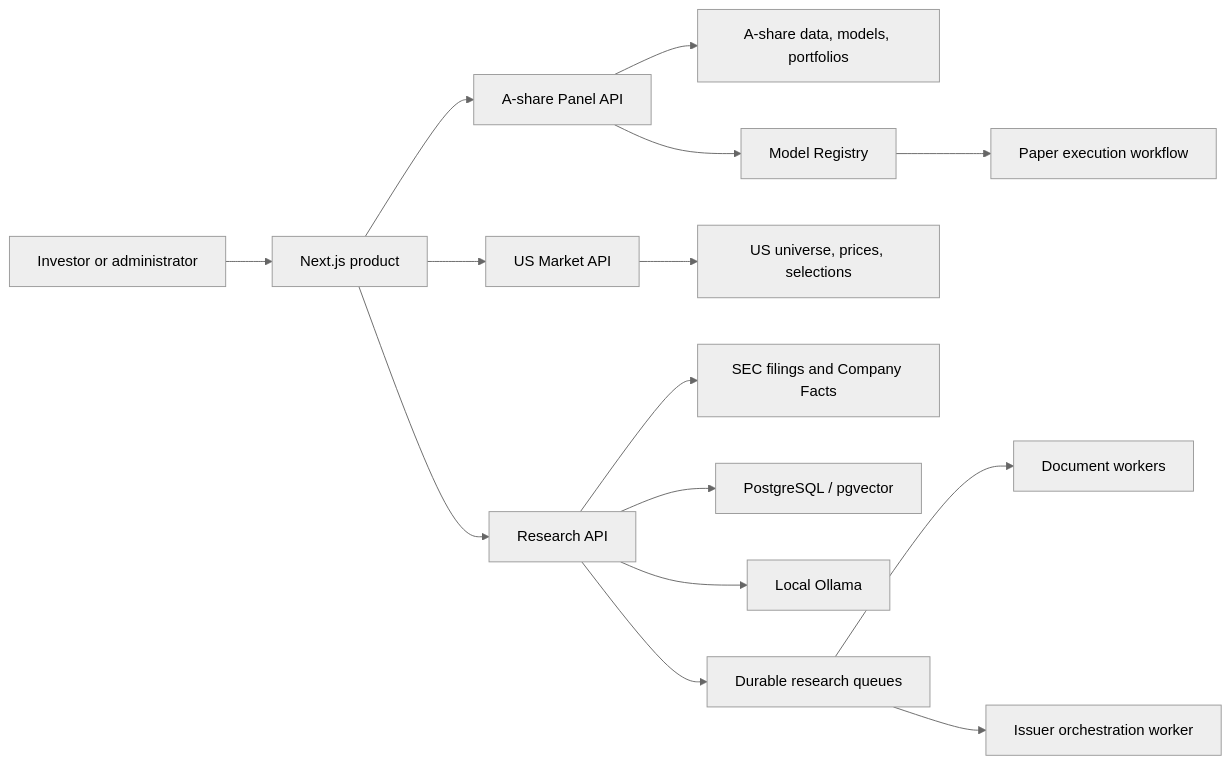
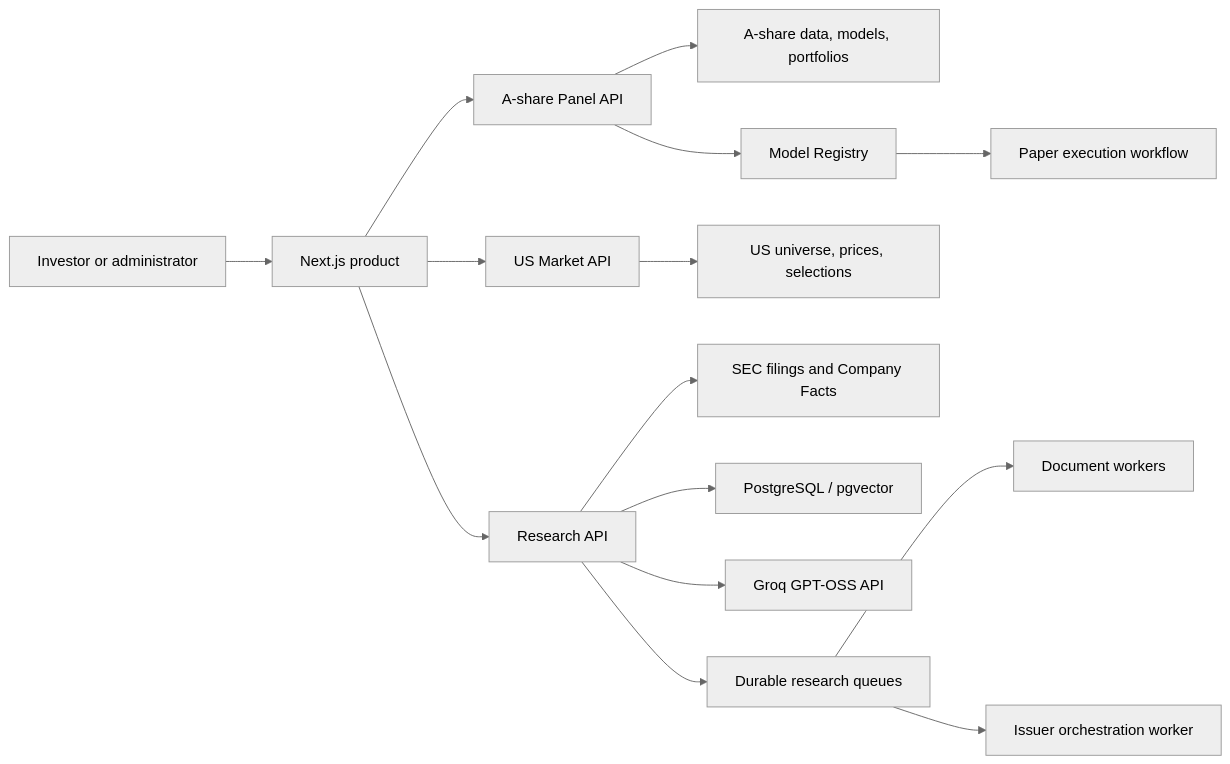
Before and after one commit to thisiscatcode/aistockcn: the first of 3 diagrams in docs/SYSTEM_DESIGN_SPEC.md, drawn with Mermaid (neutral theme). The commit also changed other lines of this file and 18 other files, not shown here.

````diff
--- a/docs/SYSTEM_DESIGN_SPEC.md
+++ b/docs/SYSTEM_DESIGN_SPEC.md
@@ -20,21 +20,21 @@
 ```mermaid
 flowchart LR
     U["Investor or administrator"] --> W["Next.js product"]
 
     W --> A["A-share Panel API"]
     W --> M["US Market API"]
     W --> R["Research API"]
 
     A --> CN["A-share data, models, portfolios"]
     M --> US["US universe, prices, selections"]
     R --> SEC["SEC filings and Company Facts"]
     R --> PG["PostgreSQL / pgvector"]
-    R --> L["Local Ollama"]
+    R --> L["Groq GPT-OSS API"]
 
     R --> Q["Durable research queues"]
     Q --> DW["Document workers"]
     Q --> CW["Issuer orchestration worker"]
 
     A --> MR["Model Registry"]
     MR --> PT["Paper execution workflow"]
 ```
````
